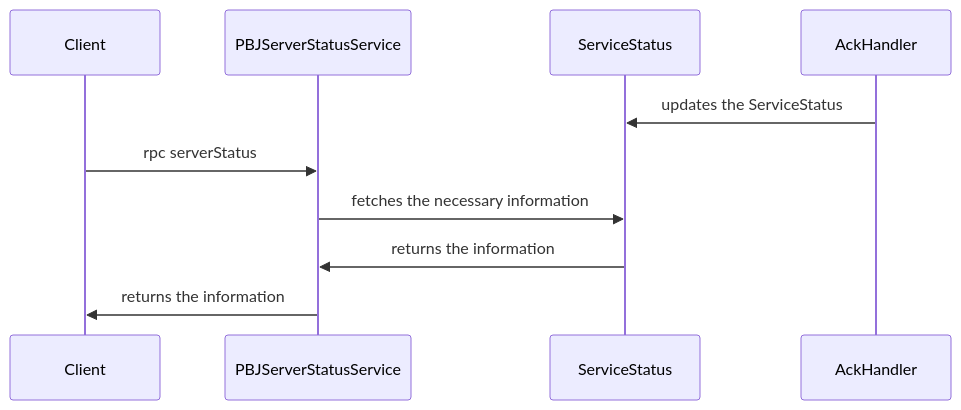
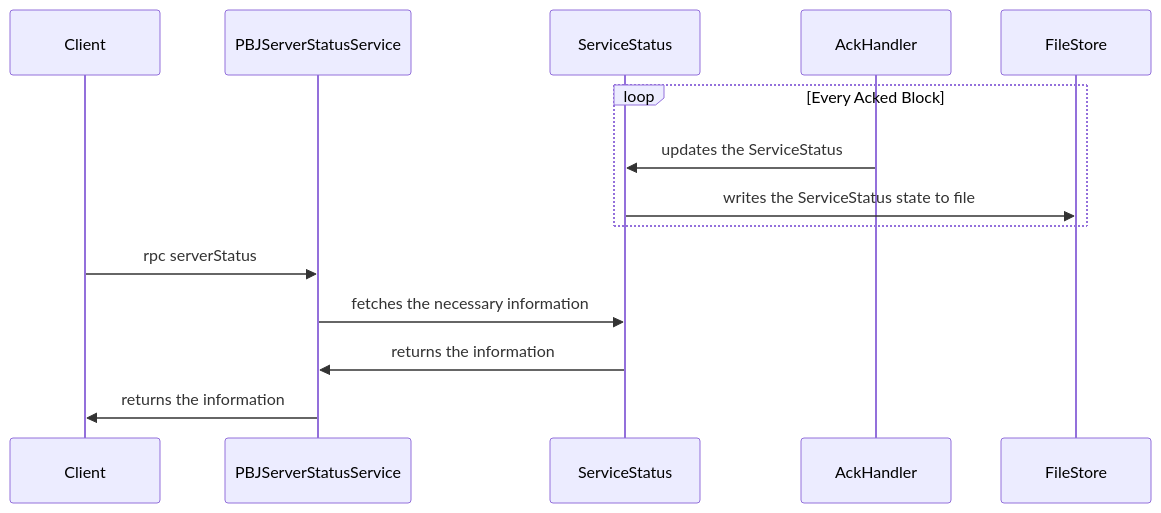
Before and after one commit to hashgraph/hedera-block-node: the diagram in server/docs/design/server-status-api.md, drawn with Mermaid. The commit also changed other lines of this file, not shown here.

````diff
--- a/server/docs/design/server-status-api.md
+++ b/server/docs/design/server-status-api.md
@@ -54,15 +62,19 @@
 ```mermaid
 sequenceDiagram
     participant C as Client
     participant PBJ as PBJServerStatusService
     participant SS as ServiceStatus
     participant AH as AckHandler
+    participant F as FileStore
 
-    AH->>SS: updates the ServiceStatus
+   loop Every Acked Block
+      AH->>SS: updates the ServiceStatus
+      SS->>F: writes the ServiceStatus state to file
+   end    
     C->>PBJ: rpc serverStatus
     PBJ->>SS: fetches the necessary information
     SS->>PBJ: returns the information
     PBJ->>C: returns the information
     
 
 ```
````
